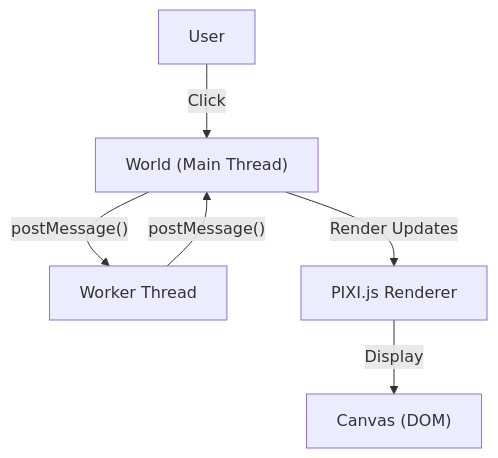
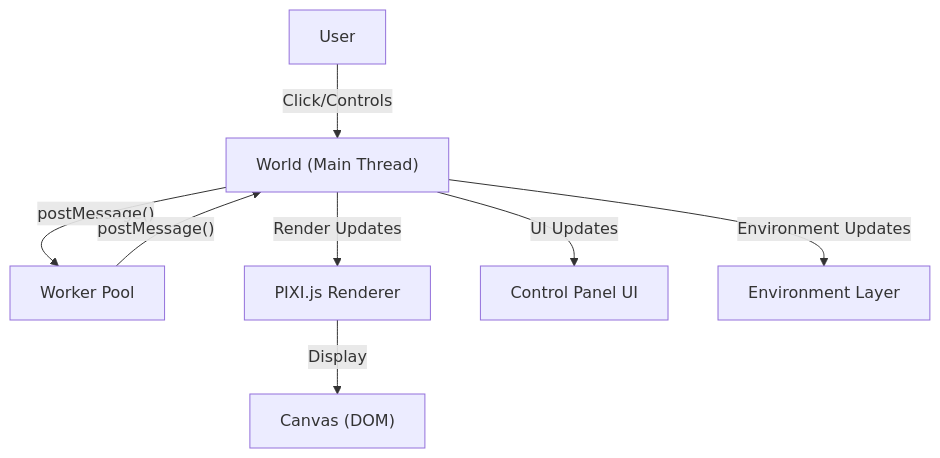
One commit to digitalantfarm/Antity changed the first of 4 diagrams in memory-bank/systemPatterns.md. Above: the diagram before and after it, drawn with Mermaid. The commit also changed other lines of this file and 4 other files, not shown here.

````diff
--- a/memory-bank/systemPatterns.md
+++ b/memory-bank/systemPatterns.md
@@ -7,12 +7,16 @@
 ```mermaid
 flowchart TD
     World["World (Main Thread)"]
-    Worker["Worker Thread"]
+    WorkerPool["Worker Pool"]
     PIXI["PIXI.js Renderer"]
+    UI["Control Panel UI"]
+    Environment["Environment Layer"]
     
-    User -->|"Click"| World
-    World -->|"postMessage()"| Worker
-    Worker -->|"postMessage()"| World
+    User -->|"Click/Controls"| World
+    World -->|"postMessage()"| WorkerPool
+    WorkerPool -->|"postMessage()"| World
     World -->|"Render Updates"| PIXI
+    World -->|"UI Updates"| UI
+    World -->|"Environment Updates"| Environment
     PIXI -->|"Display"| Canvas["Canvas (DOM)"]
 ```
````
